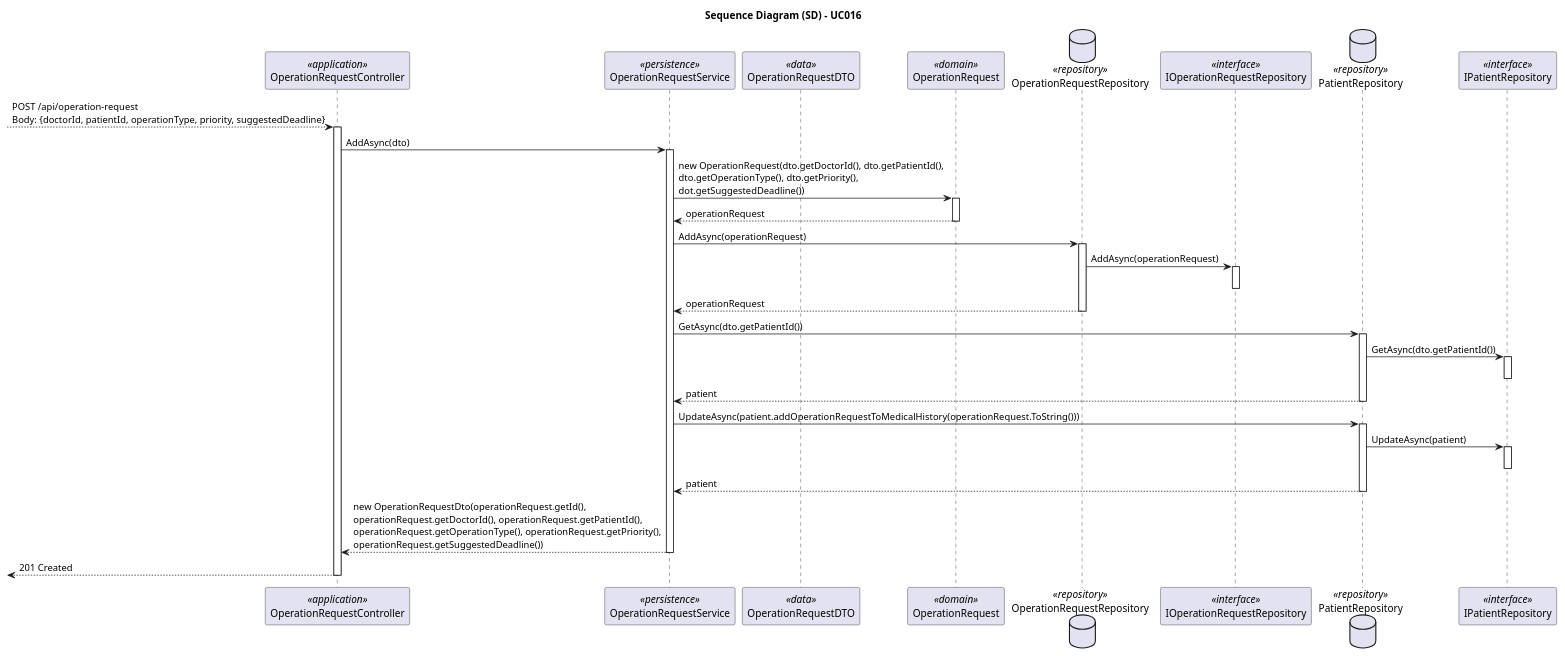
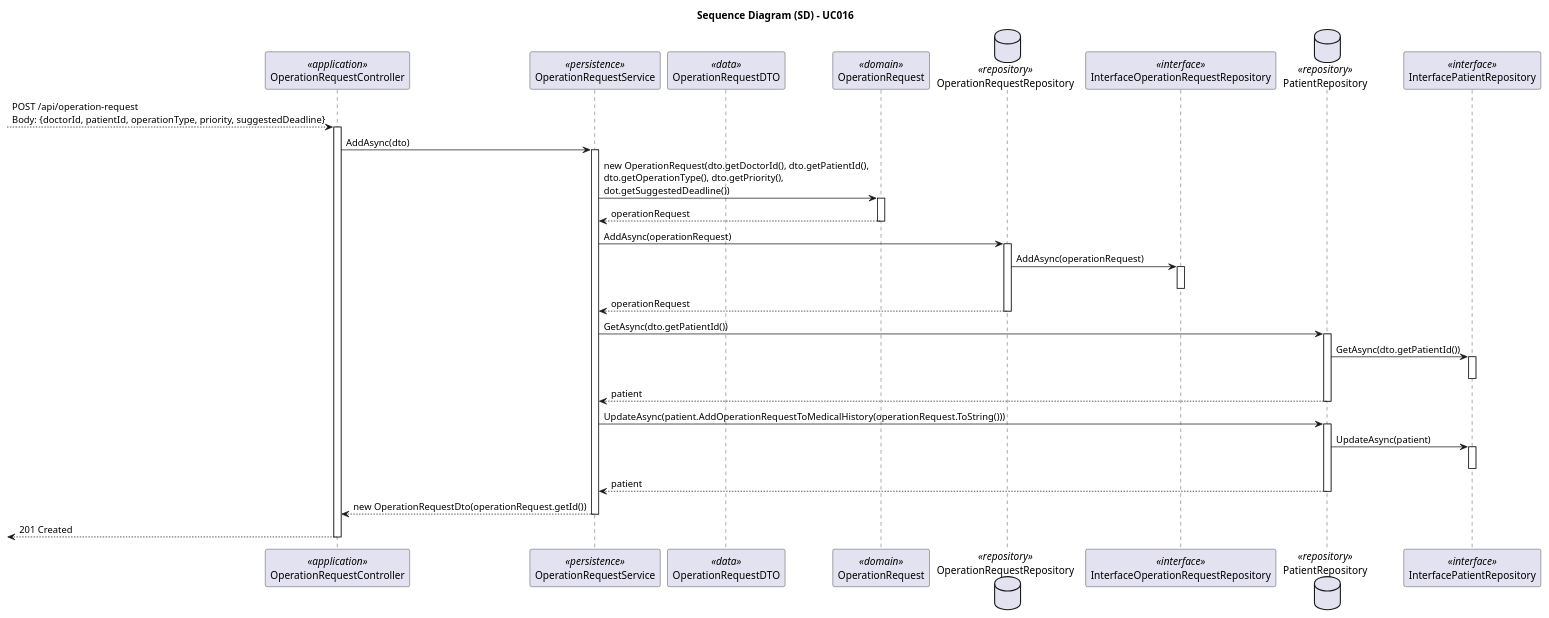
Before and after one commit to 1221124/sem5pi-24-25-g031: the diagram in docs/SprintA/UseCases/UC016/03.design/puml/uc016-sequence-diagram.puml, drawn with PlantUML. The commit also changed 5 other files, not shown here.

```diff
--- a/docs/SprintA/UseCases/UC016/03.design/puml/uc016-sequence-diagram.puml
+++ b/docs/SprintA/UseCases/UC016/03.design/puml/uc016-sequence-diagram.puml
@@ -1,66 +1,66 @@
 @startuml "uc016-sequence-diagram"
 skinparam packageStyle rectangle
 skinparam shadowing false
 skinparam linetype polyline
 
 skinparam classAttributeIconSize 0
 
 title Sequence Diagram (SD) - UC016
 
 participant OperationRequestController as Controller <<application>>
 participant OperationRequestService as Service <<persistence>>
 participant OperationRequestDTO as DTO <<data>>
 participant OperationRequest as Domain <<domain>>
 database OperationRequestRepository as OperationRequestRepository <<repository>>
-participant IOperationRequestRepository as InterfaceOperationRequestRepository <<interface>>
+participant InterfaceOperationRequestRepository as InterfaceOperationRequestRepository <<interface>>
 database PatientRepository as PatientRepository <<repository>>
-participant IPatientRepository as InterfacePatientRepository <<interface>>
+participant InterfacePatientRepository as InterfacePatientRepository <<interface>>
 
---> Controller :  POST /api/operation-request\nBody: {doctorId, patientId, operationType, priority, suggestedDeadline}
+--> Controller : POST /api/operation-request\nBody: {doctorId, patientId, operationType, priority, suggestedDeadline}
 activate Controller
 
     Controller -> Service: AddAsync(dto)
     activate Service
 
         Service -> Domain: new OperationRequest(dto.getDoctorId(), dto.getPatientId(),\ndto.getOperationType(), dto.getPriority(),\ndot.getSuggestedDeadline())
         activate Domain
             
             Domain --> Service: operationRequest
             deactivate Domain
 
         Service -> OperationRequestRepository: AddAsync(operationRequest)
         activate OperationRequestRepository
             
             OperationRequestRepository -> InterfaceOperationRequestRepository: AddAsync(operationRequest)
             activate InterfaceOperationRequestRepository            
                 deactivate InterfaceOperationRequestRepository
             
             OperationRequestRepository --> Service: operationRequest
             deactivate OperationRequestRepository
 
         Service -> PatientRepository: GetAsync(dto.getPatientId())
         activate PatientRepository
 
             PatientRepository -> InterfacePatientRepository: GetAsync(dto.getPatientId())
             activate InterfacePatientRepository
                 deactivate InterfacePatientRepository
 
             PatientRepository --> Service: patient
             deactivate PatientRepository
 
-        Service -> PatientRepository: UpdateAsync(patient.addOperationRequestToMedicalHistory(operationRequest.ToString()))
+        Service -> PatientRepository: UpdateAsync(patient.AddOperationRequestToMedicalHistory(operationRequest.ToString()))
         activate PatientRepository
 
             PatientRepository -> InterfacePatientRepository: UpdateAsync(patient)
             activate InterfacePatientRepository
                 deactivate InterfacePatientRepository
 
             PatientRepository --> Service: patient
             deactivate PatientRepository
 
-        Service --> Controller: new OperationRequestDto(operationRequest.getId(),\noperationRequest.getDoctorId(), operationRequest.getPatientId(),\noperationRequest.getOperationType(), operationRequest.getPriority(),\noperationRequest.getSuggestedDeadline())
+        Service --> Controller: new OperationRequestDto(operationRequest.getId())
         deactivate Service
 
     <-- Controller : 201 Created
     deactivate Controller
 @enduml
```
